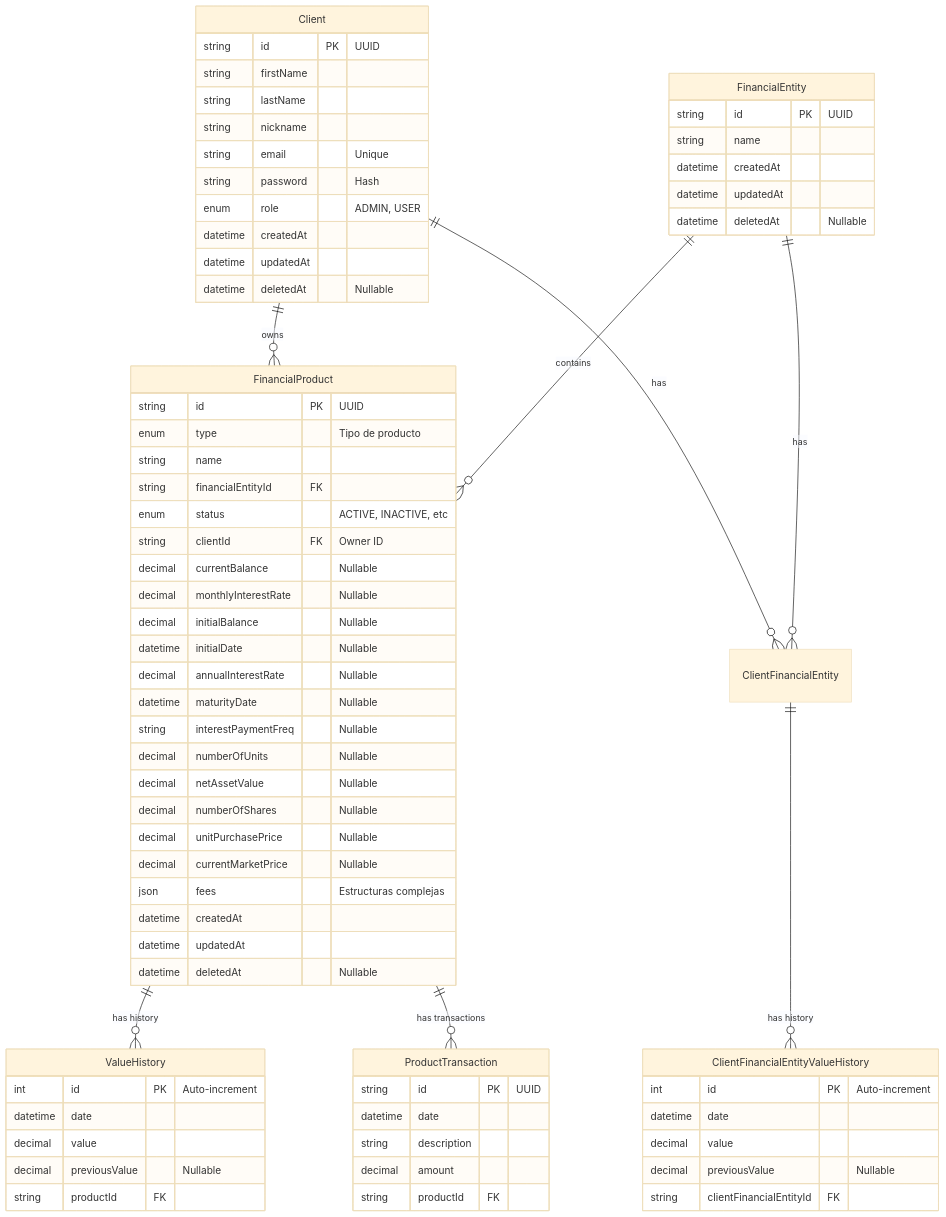
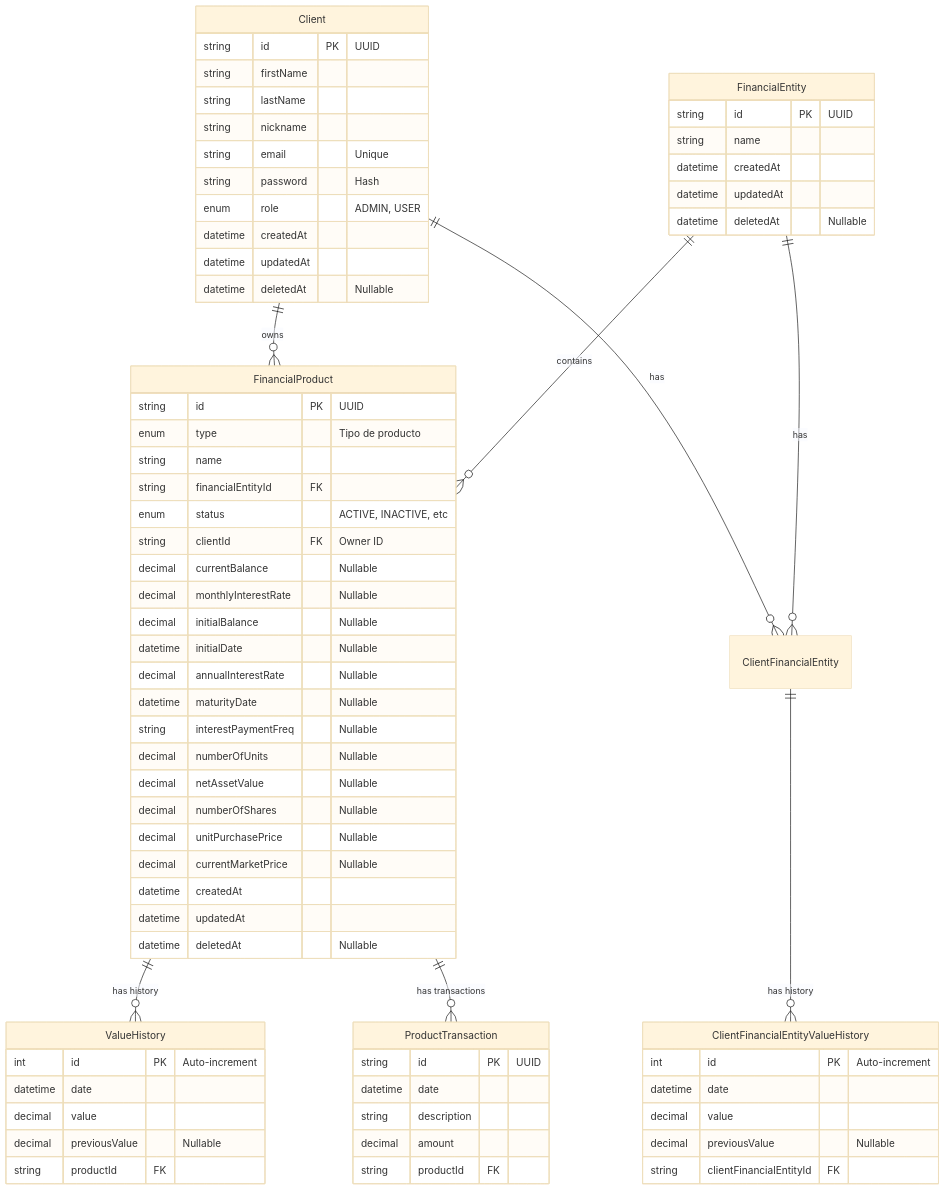
Before and after one commit to pabordonez/myfintonic: the diagram in apps/api/docs/002-database_design.md, drawn with Mermaid (base theme). The commit also changed other lines of this file and 160 other files, not shown here.

````diff
--- a/apps/api/docs/002-database_design.md
+++ b/apps/api/docs/002-database_design.md
@@ -9,80 +9,79 @@
 ```mermaid
 erDiagram
     Client ||--o{ FinancialProduct : "owns"
     Client ||--o{ ClientFinancialEntity : "has"
     FinancialEntity ||--o{ ClientFinancialEntity : "has"
     FinancialEntity ||--o{ FinancialProduct : "contains"
     ClientFinancialEntity ||--o{ ClientFinancialEntityValueHistory : "has history"
     FinancialProduct ||--o{ ValueHistory : "has history"
     FinancialProduct ||--o{ ProductTransaction : "has transactions"
 
     Client {
         string id PK "UUID"
         string firstName
         string lastName
         string nickname
         string email "Unique"
         string password "Hash"
         enum role "ADMIN, USER"
         datetime createdAt
         datetime updatedAt
         datetime deletedAt "Nullable"
     }
 
     FinancialEntity {
         string id PK "UUID"
         string name
         datetime createdAt
         datetime updatedAt
         datetime deletedAt "Nullable"
     }
 
     FinancialProduct {
         string id PK "UUID"
         enum type "Tipo de producto"
         string name
         string financialEntityId FK
         enum status "ACTIVE, INACTIVE, etc"
         string clientId FK "Owner ID"
         decimal currentBalance "Nullable"
         decimal monthlyInterestRate "Nullable"
         decimal initialBalance "Nullable"
         datetime initialDate "Nullable"
         decimal annualInterestRate "Nullable"
         datetime maturityDate "Nullable"
         string interestPaymentFreq "Nullable"
         decimal numberOfUnits "Nullable"
         decimal netAssetValue "Nullable"
         decimal numberOfShares "Nullable"
         decimal unitPurchasePrice "Nullable"
         decimal currentMarketPrice "Nullable"
-        json fees "Estructuras complejas"
         datetime createdAt
         datetime updatedAt
         datetime deletedAt "Nullable"
     }
 
     ValueHistory {
         int id PK "Auto-increment"
         datetime date
         decimal value
         decimal previousValue "Nullable"
         string productId FK
     }
 
     ClientFinancialEntityValueHistory {
         int id PK "Auto-increment"
         datetime date
         decimal value
         decimal previousValue "Nullable"
         string clientFinancialEntityId FK
     }
 
     ProductTransaction {
         string id PK "UUID"
         datetime date
         string description
         decimal amount
         string productId FK
     }
 ```
````
